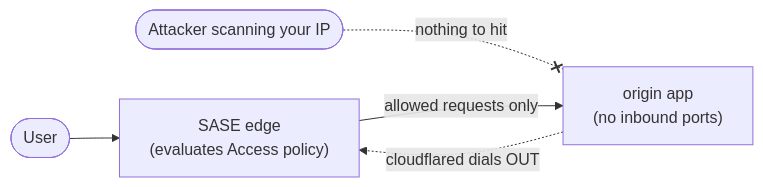
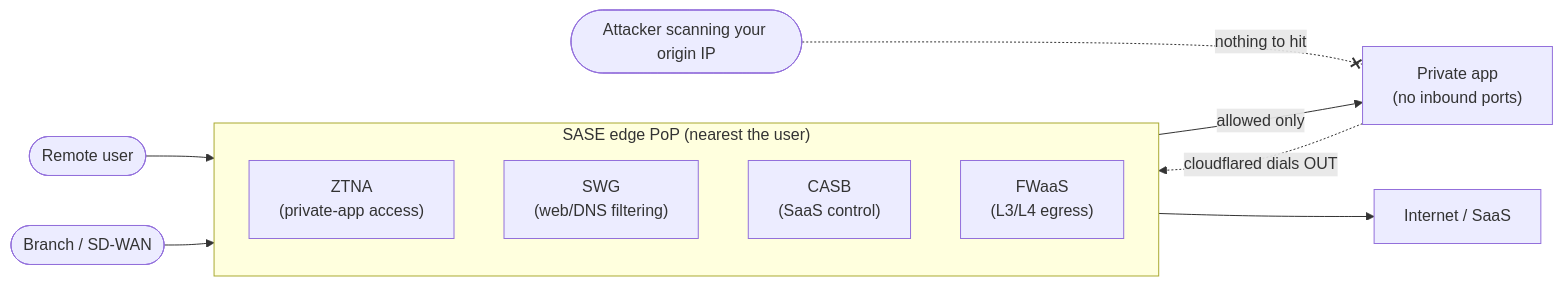
One commit to plaintext-security/plaintext changed the first of 4 diagrams in tracks/11-ztna/modules/05-sase-cloud-delivered/README.md. Above: the diagram before and after it, drawn with Mermaid. The commit also changed other lines of this file and 24 other files, not shown here.

````diff
--- a/tracks/11-ztna/modules/05-sase-cloud-delivered/README.md
+++ b/tracks/11-ztna/modules/05-sase-cloud-delivered/README.md
@@ -65,7 +77,16 @@
 ```mermaid
 flowchart LR
-    U([User]) --> E["SASE edge<br/>(evaluates Access policy)"]
-    A(["Attacker scanning your IP"]) -. nothing to hit .-x O
-    E -->|allowed requests only| O["origin app<br/>(no inbound ports)"]
-    O -. cloudflared dials OUT .-> E
+    U([Remote user]) --> E
+    B([Branch / SD-WAN]) --> E
+    subgraph E["SASE edge PoP (nearest the user)"]
+        direction TB
+        Z["ZTNA<br/>(private-app access)"]
+        SWG["SWG<br/>(web/DNS filtering)"]
+        CASB["CASB<br/>(SaaS control)"]
+        FW["FWaaS<br/>(L3/L4 egress)"]
+    end
+    E -->|allowed only| P["Private app<br/>(no inbound ports)"]
+    E --> I["Internet / SaaS"]
+    A(["Attacker scanning your origin IP"]) -. nothing to hit .-x P
+    P -. cloudflared dials OUT .-> E
 ```
````
